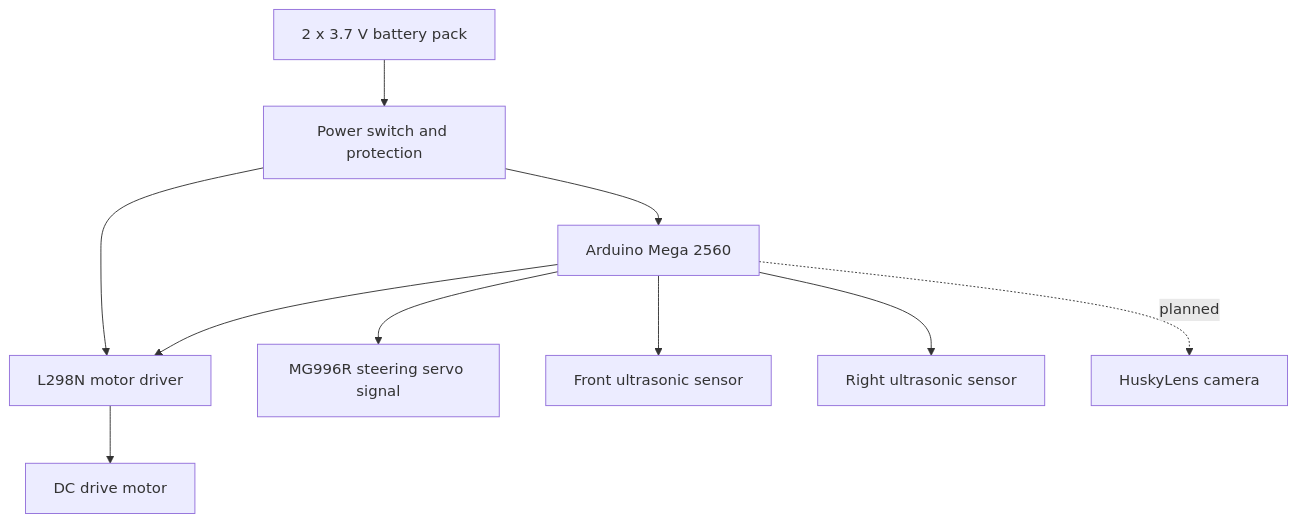
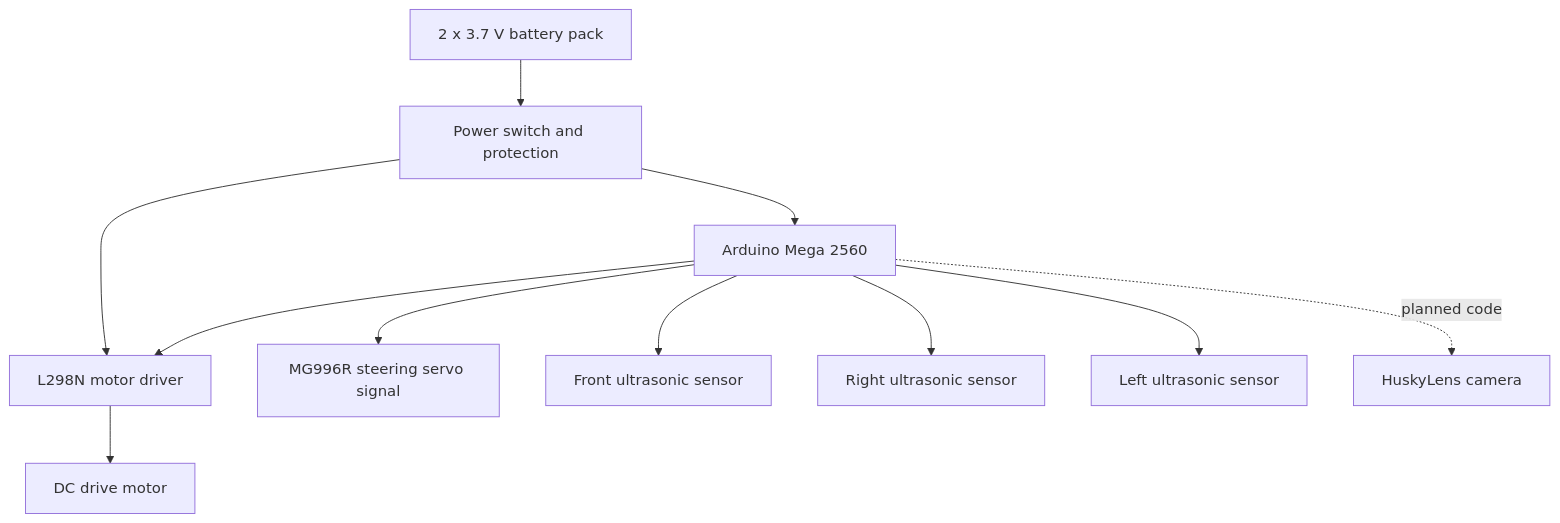
One commit to Yamilgmr/SKRobotics_WRO2026 changed the diagram in docs/01_project_overview.md. Above: the diagram before and after it, drawn with Mermaid. The commit also changed other lines of this file and 20 other files, not shown here.

````diff
--- a/docs/01_project_overview.md
+++ b/docs/01_project_overview.md
@@ -24,12 +24,13 @@
 ```mermaid
 flowchart TD
     A["2 x 3.7 V battery pack"] --> B["Power switch and protection"]
     B --> C["Arduino Mega 2560"]
     B --> D["L298N motor driver"]
     D --> E["DC drive motor"]
     C --> F["MG996R steering servo signal"]
     C --> G["Front ultrasonic sensor"]
     C --> H["Right ultrasonic sensor"]
-    C -. planned .-> I["HuskyLens camera"]
+    C --> I["Left ultrasonic sensor"]
+    C -. planned code .-> J["HuskyLens camera"]
     C --> D
 ```
````
